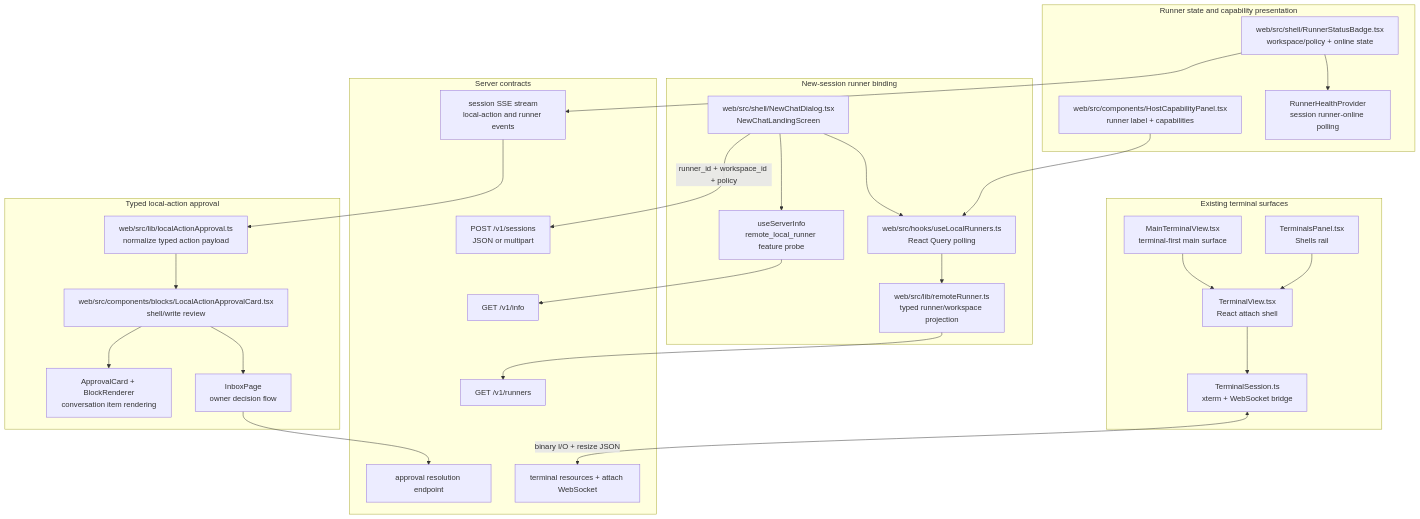
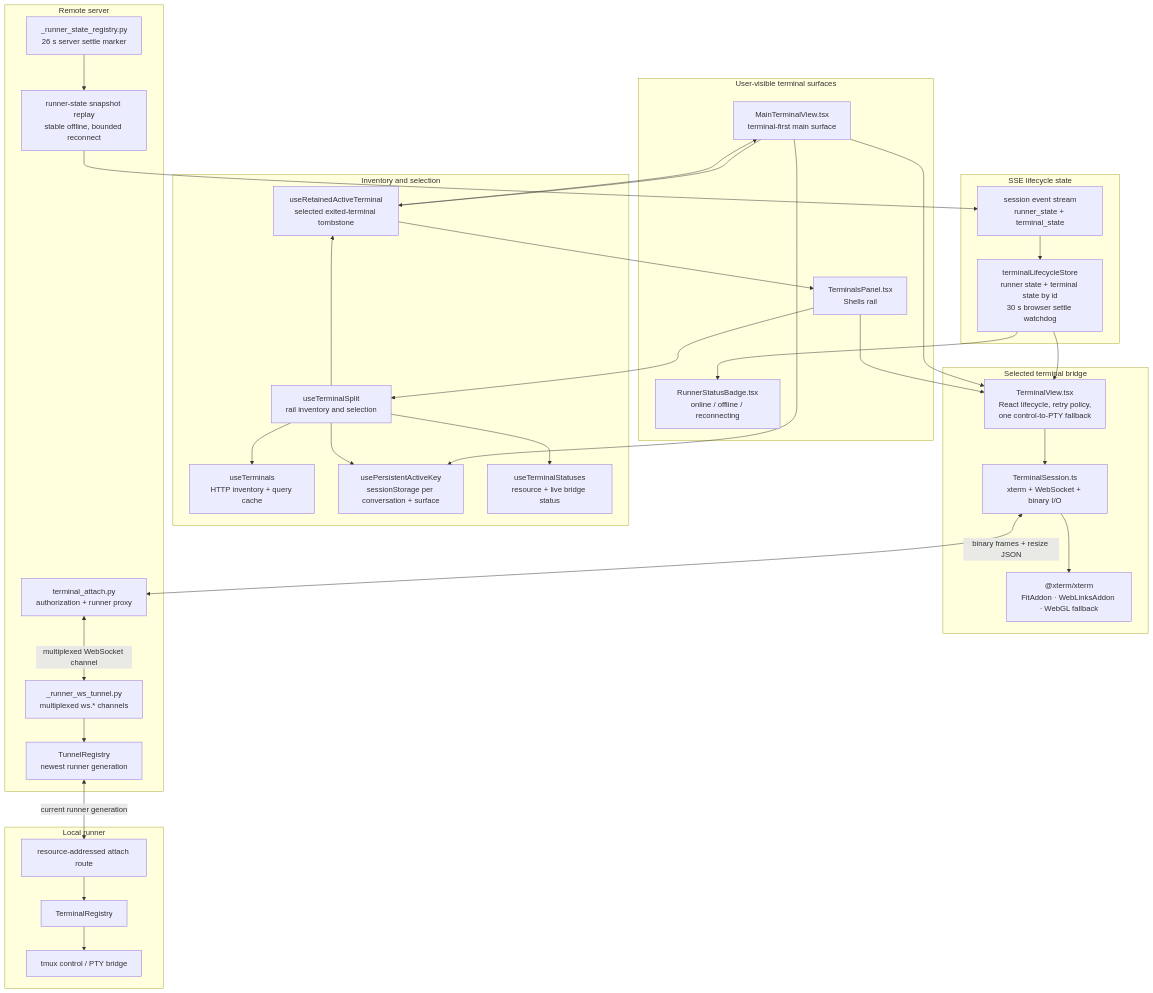
The first of 7 diagrams in docs/mvp-remote-runner-mirroring/08-ui-terminal-runtime-diagrams.md (drunkod/omnigent), drawn with Mermaid before and after one commit. The commit also changed other lines of this file, not shown here.

Commit message:
docs(terminals): document reconnect-safe runtime architecture

````diff
--- a/docs/mvp-remote-runner-mirroring/08-ui-terminal-runtime-diagrams.md
+++ b/docs/mvp-remote-runner-mirroring/08-ui-terminal-runtime-diagrams.md
@@ -11,60 +10,68 @@
 ```mermaid
 flowchart TB
-    subgraph create["New-session runner binding"]
-        NEWCHAT["web/src/shell/NewChatDialog.tsx<br/>NewChatLandingScreen"]
-        USE_RUNNERS["web/src/hooks/useLocalRunners.ts<br/>React Query polling"]
-        REMOTE["web/src/lib/remoteRunner.ts<br/>typed runner/workspace projection"]
-        INFO["useServerInfo<br/>remote_local_runner feature probe"]
+    subgraph surfaces["User-visible terminal surfaces"]
+        MAIN["MainTerminalView.tsx<br/>terminal-first main surface"]
+        RAIL["TerminalsPanel.tsx<br/>Shells rail"]
+        BADGE["RunnerStatusBadge.tsx<br/>online / offline / reconnecting"]
     end
 
-    subgraph capability["Runner state and capability presentation"]
-        HOSTCAP["web/src/components/HostCapabilityPanel.tsx<br/>runner label + capabilities"]
-        BADGE["web/src/shell/RunnerStatusBadge.tsx<br/>workspace/policy + online state"]
-        HEALTH["RunnerHealthProvider<br/>session runner-online polling"]
+    subgraph selection["Inventory and selection"]
+        TERMS["useTerminals<br/>HTTP inventory + query cache"]
+        SPLIT["useTerminalSplit<br/>rail inventory and selection"]
+        PERSIST["usePersistentActiveKey<br/>sessionStorage per conversation + surface"]
+        RETAIN["useRetainedActiveTerminal<br/>selected exited-terminal tombstone"]
+        STATUS["useTerminalStatuses<br/>resource + live bridge status"]
     end
 
-    subgraph approval["Typed local-action approval"]
-        NORMALIZE["web/src/lib/localActionApproval.ts<br/>normalize typed action payload"]
-        CARD["web/src/components/blocks/LocalActionApprovalCard.tsx<br/>shell/write review"]
-        BLOCKS["ApprovalCard + BlockRenderer<br/>conversation item rendering"]
-        INBOX["InboxPage<br/>owner decision flow"]
+    subgraph lifecycle["SSE lifecycle state"]
+        SSE["session event stream<br/>runner_state + terminal_state"]
+        STORE["terminalLifecycleStore<br/>runner state + terminal state by id<br/>30 s browser settle watchdog"]
     end
 
-    subgraph terminal["Existing terminal surfaces"]
-        MAIN["MainTerminalView.tsx<br/>terminal-first main surface"]
-        RAIL["TerminalsPanel.tsx<br/>Shells rail"]
-        VIEW["TerminalView.tsx<br/>React attach shell"]
-        SESSION["TerminalSession.ts<br/>xterm + WebSocket bridge"]
+    subgraph bridge["Selected terminal bridge"]
+        VIEW["TerminalView.tsx<br/>React lifecycle, retry policy,<br/>one control-to-PTY fallback"]
+        SESSION["TerminalSession.ts<br/>xterm + WebSocket + binary I/O"]
+        XTERM["@xterm/xterm<br/>FitAddon · WebLinksAddon · WebGL fallback"]
     end
 
-    subgraph server["Server contracts"]
-        INFO_API["GET /v1/info"]
-        RUNNERS_API["GET /v1/runners"]
-        CREATE_API["POST /v1/sessions<br/>JSON or multipart"]
-        EVENTS["session SSE stream<br/>local-action and runner events"]
-        APPROVE_API["approval resolution endpoint"]
-        TERMINAL_API["terminal resources + attach WebSocket"]
+    subgraph server["Remote server"]
+        SNAPSHOT["runner-state snapshot replay<br/>stable offline, bounded reconnect"]
+        STATE_REG["_runner_state_registry.py<br/>26 s server settle marker"]
+        ATTACH["terminal_attach.py<br/>authorization + runner proxy"]
+        TUNNEL["_runner_ws_tunnel.py<br/>multiplexed ws.* channels"]
+        REG["TunnelRegistry<br/>newest runner generation"]
     end
 
-    INFO --> INFO_API
-    NEWCHAT --> INFO
-    NEWCHAT --> USE_RUNNERS
-    USE_RUNNERS --> REMOTE
-    REMOTE --> RUNNERS_API
-    NEWCHAT -->|"runner_id + workspace_id + policy"| CREATE_API
+    subgraph runner["Local runner"]
+        RUNNER_ATTACH["resource-addressed attach route"]
+        TREG["TerminalRegistry"]
+        TMUX["tmux control / PTY bridge"]
+    end
 
-    HOSTCAP --> USE_RUNNERS
-    BADGE --> HEALTH
-    BADGE --> EVENTS
+    MAIN --> PERSIST
+    RAIL --> SPLIT
+    SPLIT --> PERSIST
+    SPLIT --> TERMS
+    SPLIT --> RETAIN
+    SPLIT --> STATUS
+    MAIN --> RETAIN
 
-    EVENTS --> NORMALIZE
-    NORMALIZE --> CARD
-    CARD --> BLOCKS
-    CARD --> INBOX
-    INBOX --> APPROVE_API
+    SSE --> STORE
+    SNAPSHOT --> SSE
+    STATE_REG --> SNAPSHOT
+    STORE --> BADGE
+    STORE --> VIEW
+    RETAIN --> MAIN
+    RETAIN --> RAIL
 
     MAIN --> VIEW
     RAIL --> VIEW
     VIEW --> SESSION
-    SESSION <-->|"binary I/O + resize JSON"| TERMINAL_API
+    SESSION --> XTERM
+    SESSION <-->|"binary frames + resize JSON"| ATTACH
+    ATTACH <-->|"multiplexed WebSocket channel"| TUNNEL
+    TUNNEL --> REG
+    REG <-->|"current runner generation"| RUNNER_ATTACH
+    RUNNER_ATTACH --> TREG
+    TREG --> TMUX
 ```
````
